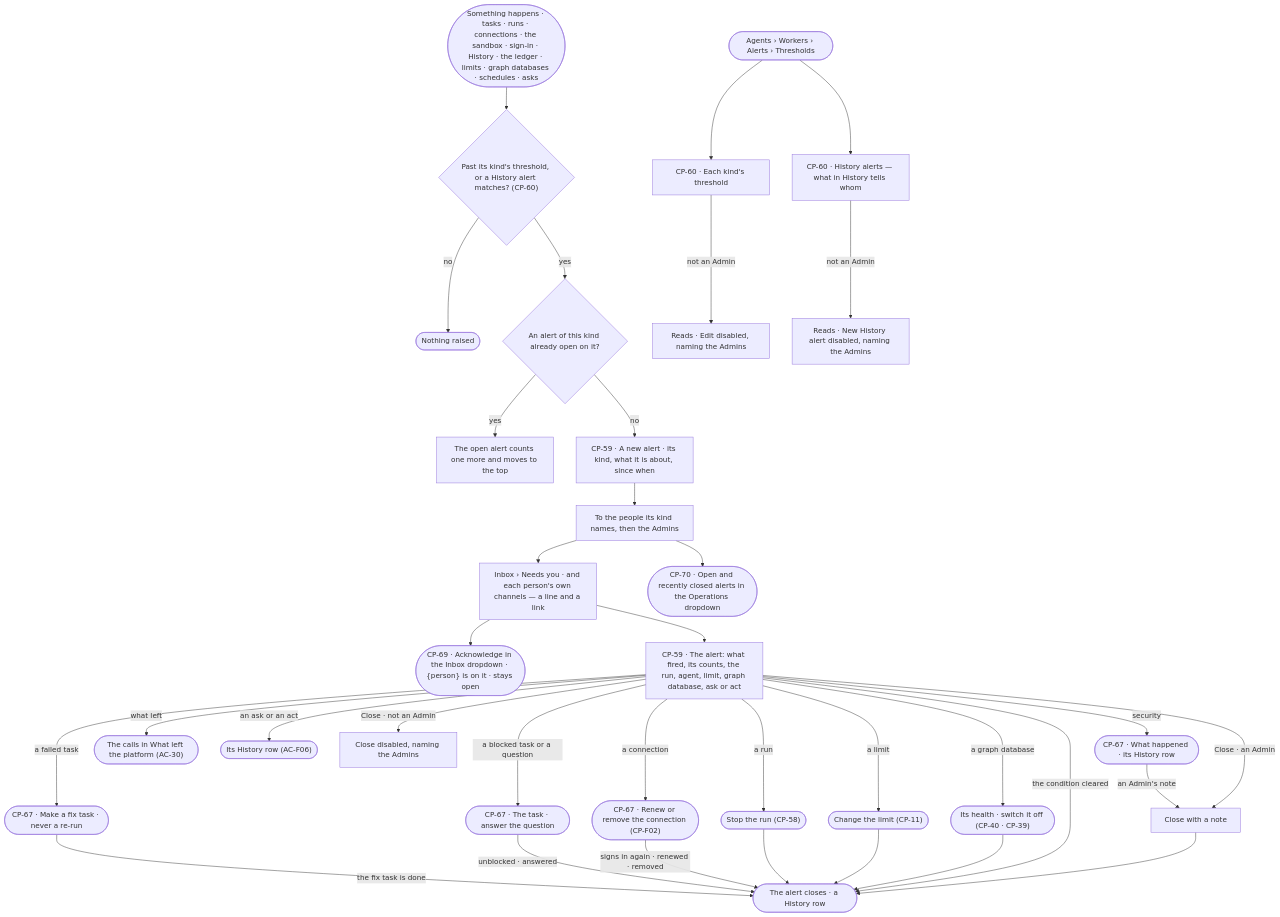
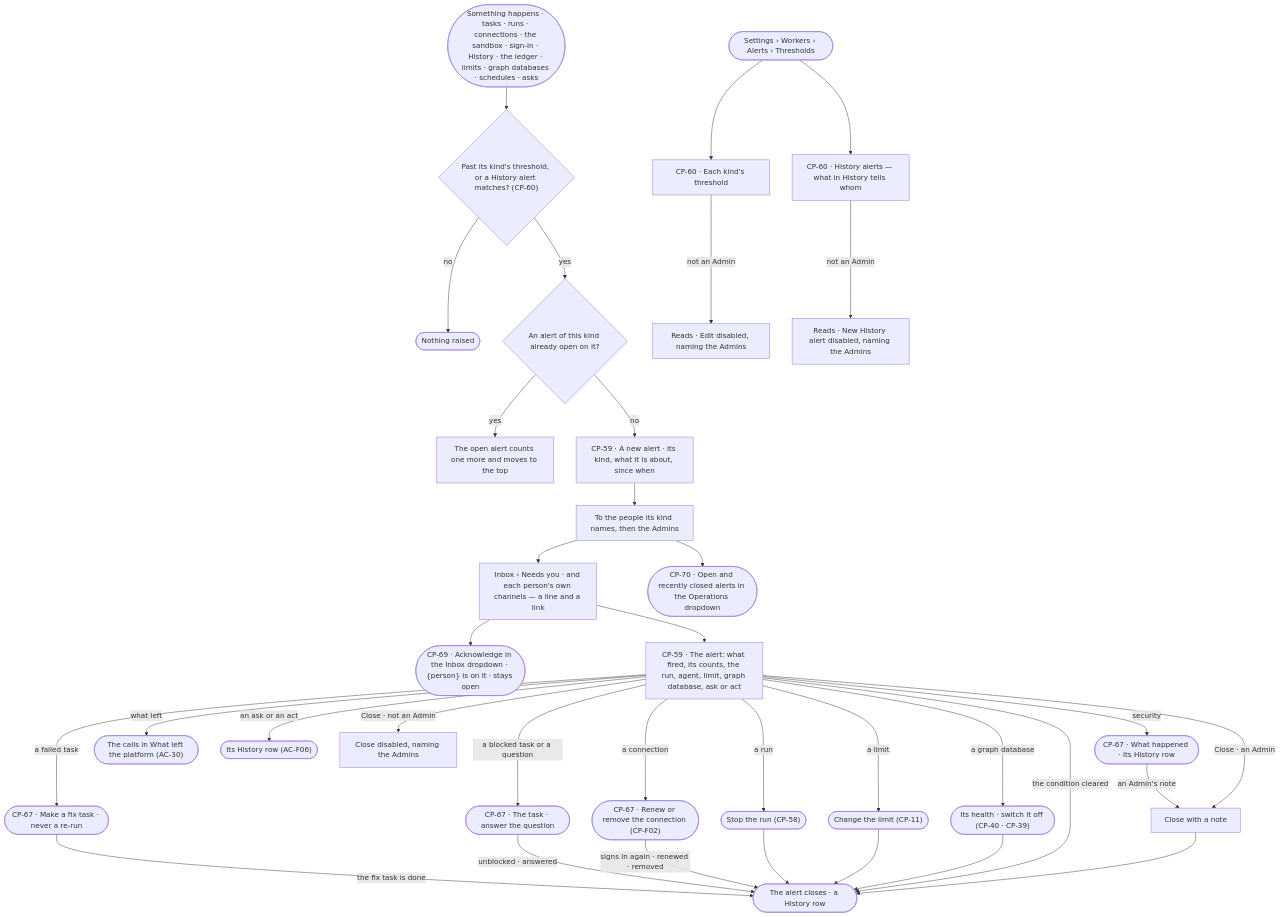
The first of 2 diagrams in specs/os/control/features/CP-F11-ops-alerting/feature.md (invana/invana), drawn with Mermaid before and after one commit. The commit also changed other lines of this file and 43 other files, not shown here.

First line of the commit message:
docs(specs): Agents mode keeps work; Plugins, Fleet, Workers move to Settings

````diff
--- a/specs/os/control/features/CP-F11-ops-alerting/feature.md
+++ b/specs/os/control/features/CP-F11-ops-alerting/feature.md
@@ -29,36 +29,36 @@
 ```mermaid
 flowchart TD
   sig([Something happens · tasks · runs · connections · the sandbox · sign-in · History · the ledger · limits · graph databases · schedules · asks]) --> m{"Past its kind's threshold, or a History alert matches? (CP-60)"}
   m -->|no| q(["Nothing raised"])
   m -->|yes| open{"An alert of this kind already open on it?"}
   open -->|yes| inc["The open alert counts one more and moves to the top"]
   open -->|no| a["CP-59 · A new alert · its kind, what it is about, since when"]
   a --> rc["To the people its kind names, then the Admins"]
   rc --> ib["Inbox › Needs you · and each person's own channels — a line and a link"]
   ib --> ack(["CP-69 · Acknowledge in the Inbox dropdown · {person} is on it · stays open"])
   rc --> ops(["CP-70 · Open and recently closed alerts in the Operations dropdown"])
   ib --> view["CP-59 · The alert: what fired, its counts, the run, agent, limit, graph database, ask or act"]
   view -->|a run| stop(["Stop the run (CP-58)"])
   view -->|a failed task| fix(["CP-67 · Make a fix task · never a re-run"])
   view -->|a blocked task or a question| tk(["CP-67 · The task · answer the question"])
   view -->|a connection| cn(["CP-67 · Renew or remove the connection (CP-F02)"])
   view -->|security| sec(["CP-67 · What happened · its History row"])
   fix -->|the fix task is done| cl
   tk -->|unblocked · answered| cl
   cn -->|signs in again · renewed · removed| cl
   sec -->|an Admin's note| note
   view -->|a limit| lim(["Change the limit (CP-11)"])
   view -->|a graph database| gd(["Its health · switch it off (CP-40 · CP-39)"])
   view -->|what left| led(["The calls in What left the platform (AC-30)"])
   view -->|an ask or an act| hist(["Its History row (AC-F06)"])
   stop --> cl(["The alert closes · a History row"])
   lim --> cl
   gd --> cl
   view -->|the condition cleared| cl
   view -->|Close · an Admin| note["Close with a note"] --> cl
   view -->|Close · not an Admin| nc["Close disabled, naming the Admins"]
-  set([Agents › Workers › Alerts › Thresholds]) --> t["CP-60 · Each kind's threshold"]
+  set([Settings › Workers › Alerts › Thresholds]) --> t["CP-60 · Each kind's threshold"]
   t -->|not an Admin| ro["Reads · Edit disabled, naming the Admins"]
   set --> ha["CP-60 · History alerts — what in History tells whom"]
   ha -->|not an Admin| hro["Reads · New History alert disabled, naming the Admins"]
 ```
````
